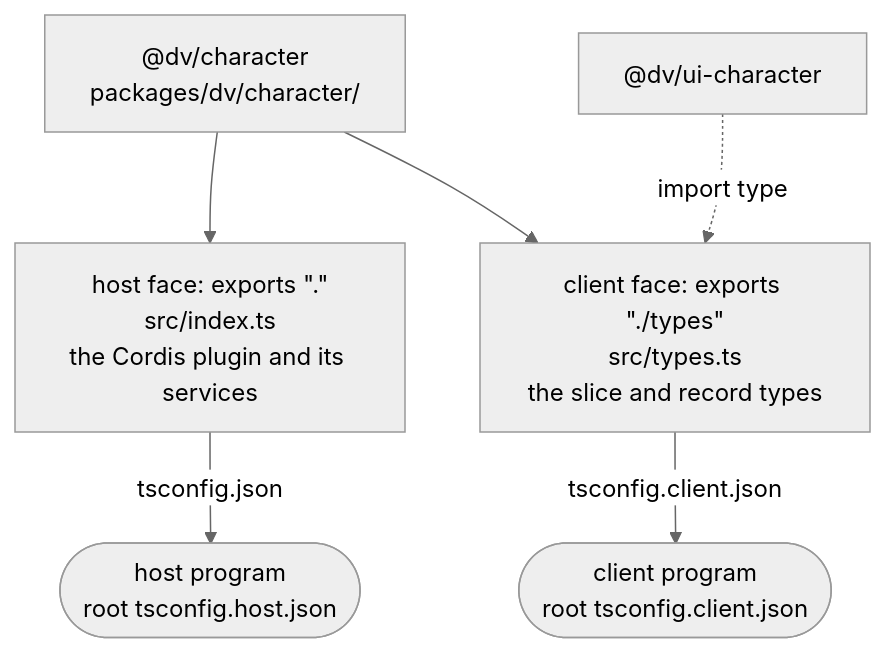
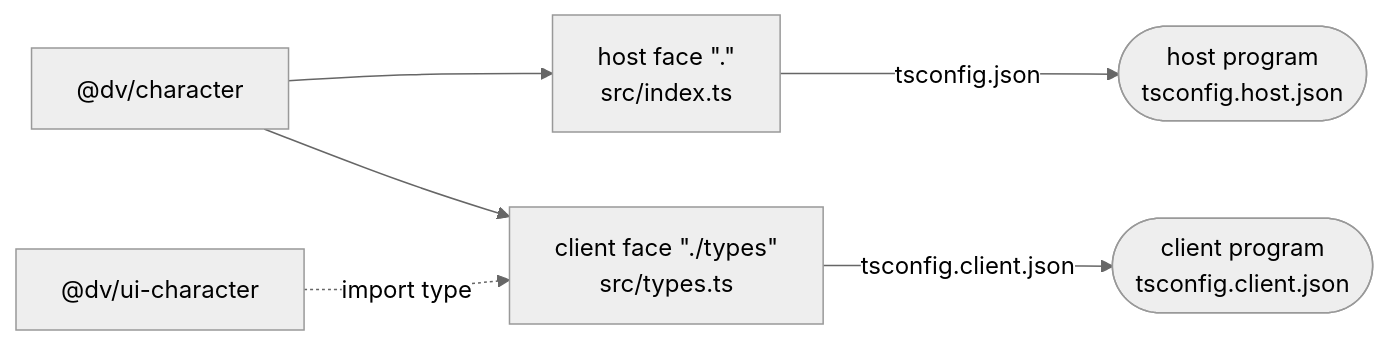
Before and after one commit to fastvideo-project/dreamverse-harness: the second of 3 diagrams in docs/dreamverse/architecture.md, drawn with Mermaid (neutral theme). The commit also changed other lines of this file and 20 other files, not shown here.

````diff
--- a/docs/dreamverse/architecture.md
+++ b/docs/dreamverse/architecture.md
@@ -101,14 +98,14 @@
 ```mermaid
-flowchart TB
-  pkg["@dv/character<br/>packages/dv/character/"]
+flowchart LR
+  pkg["@dv/character"]
   uichar["@dv/ui-character"]
-  hostface["host face: exports #quot;.#quot;<br/>src/index.ts<br/>the Cordis plugin and its services"]
-  clientface["client face: exports #quot;./types#quot;<br/>src/types.ts<br/>the slice and record types"]
-  hostprog(["host program<br/>root tsconfig.host.json"])
-  clientprog(["client program<br/>root tsconfig.client.json"])
+  hostface["host face #quot;.#quot;<br/>src/index.ts"]
+  clientface["client face #quot;./types#quot;<br/>src/types.ts"]
+  hostprog(["host program<br/>tsconfig.host.json"])
+  clientprog(["client program<br/>tsconfig.client.json"])
   pkg --> hostface
   pkg --> clientface
   uichar -. "import type" .-> clientface
   hostface -- "tsconfig.json" --> hostprog
   clientface -- "tsconfig.client.json" --> clientprog
 ```
````
